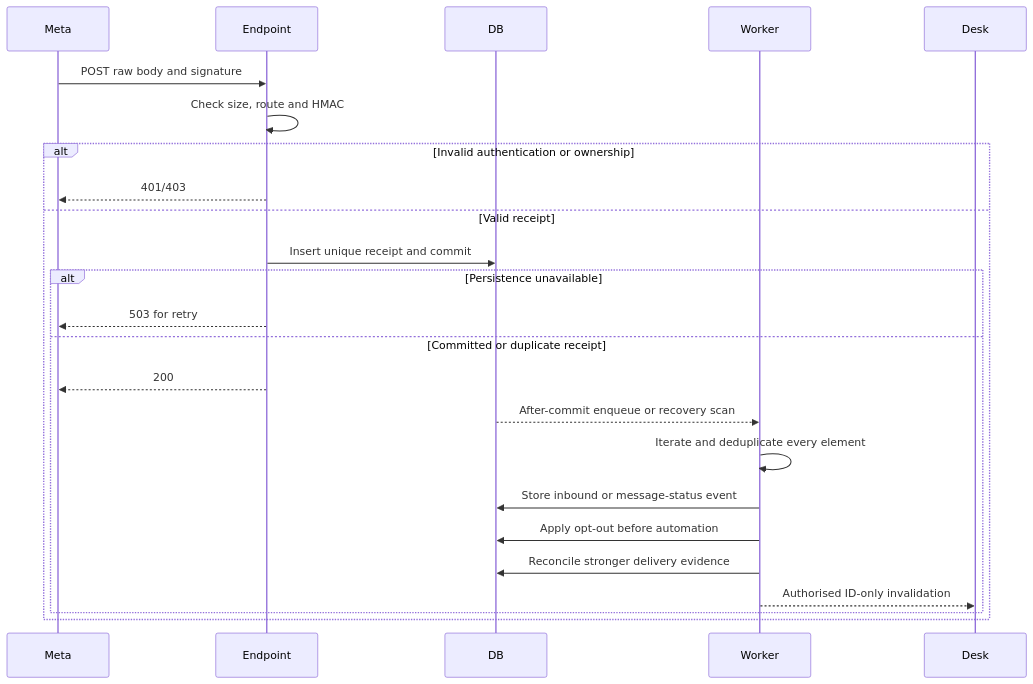
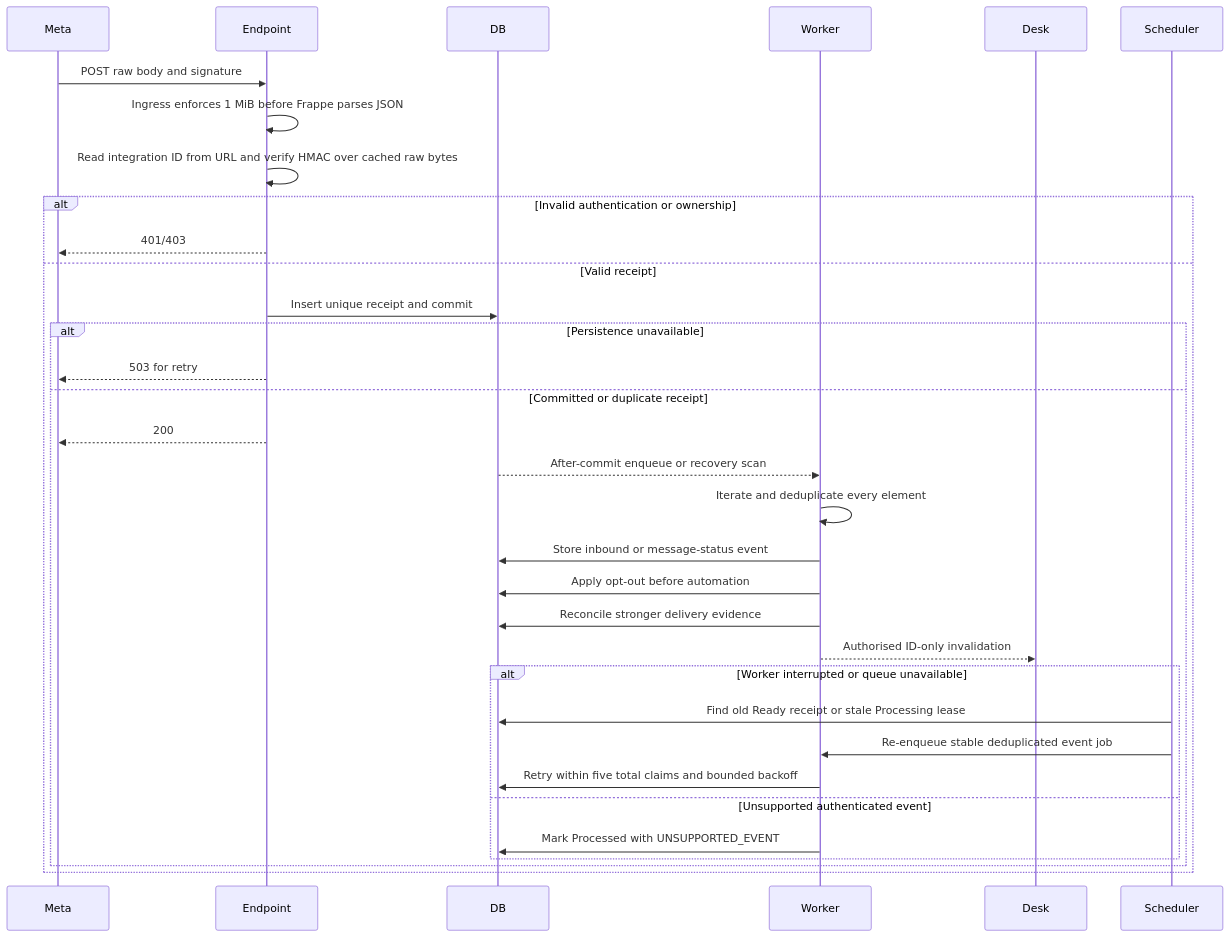
Before and after one commit to owenlekala/marketing-app: the diagram in docs/whatsapp_marketing/flows/WEBHOOKS_AND_DELIVERY.md, drawn with Mermaid. The commit also changed other lines of this file and 13 other files, not shown here.

````diff
--- a/docs/whatsapp_marketing/flows/WEBHOOKS_AND_DELIVERY.md
+++ b/docs/whatsapp_marketing/flows/WEBHOOKS_AND_DELIVERY.md
@@ -5,26 +5,34 @@
 ```mermaid
 sequenceDiagram
   participant Meta
   participant Endpoint
   participant DB
   participant Worker
   participant Desk
   Meta->>Endpoint: POST raw body and signature
-  Endpoint->>Endpoint: Check size, route and HMAC
+  Endpoint->>Endpoint: Ingress enforces 1 MiB before Frappe parses JSON
+  Endpoint->>Endpoint: Read integration ID from URL and verify HMAC over cached raw bytes
   alt Invalid authentication or ownership
     Endpoint-->>Meta: 401/403
   else Valid receipt
     Endpoint->>DB: Insert unique receipt and commit
     alt Persistence unavailable
       Endpoint-->>Meta: 503 for retry
     else Committed or duplicate receipt
       Endpoint-->>Meta: 200
       DB-->>Worker: After-commit enqueue or recovery scan
       Worker->>Worker: Iterate and deduplicate every element
       Worker->>DB: Store inbound or message-status event
       Worker->>DB: Apply opt-out before automation
       Worker->>DB: Reconcile stronger delivery evidence
       Worker-->>Desk: Authorised ID-only invalidation
+      alt Worker interrupted or queue unavailable
+        Scheduler->>DB: Find old Ready receipt or stale Processing lease
+        Scheduler->>Worker: Re-enqueue stable deduplicated event job
+        Worker->>DB: Retry within five total claims and bounded backoff
+      else Unsupported authenticated event
+        Worker->>DB: Mark Processed with UNSUPPORTED_EVENT
+      end
     end
   end
 ```
````
